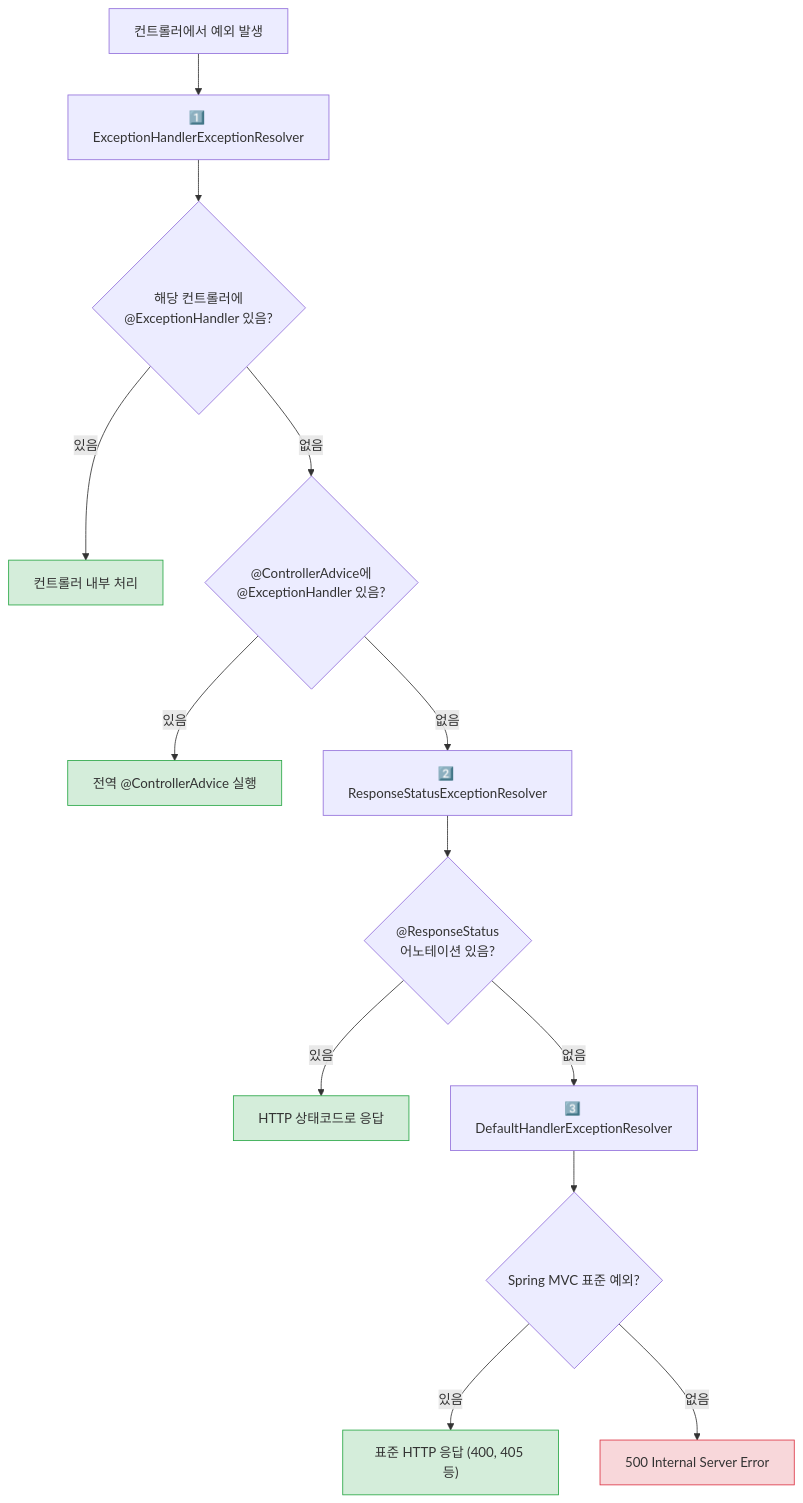
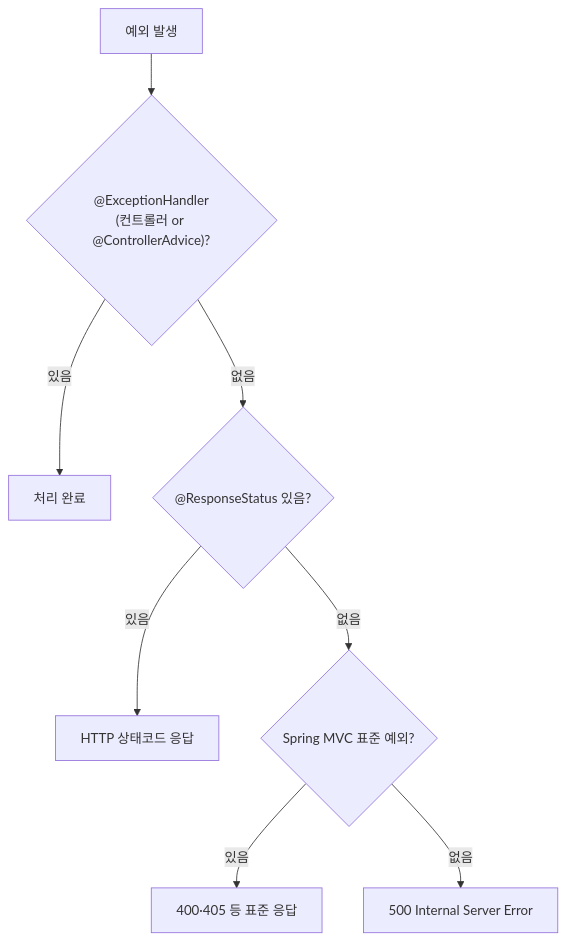
Before and after one commit to yjkim2015/yjkim2015.github.io: the eighth of 14 diagrams in _posts/spring/2026-05-02-spring-mvc-deep.md, drawn with Mermaid. The commit also changed other lines of this file and 215 other files, not shown here.

First line of the commit message:
신규 포스트 10개 추가 + Mermaid 전면 축소 + SystemDesign 시리즈 보강

````diff
--- a/_posts/spring/2026-05-02-spring-mvc-deep.md
+++ b/_posts/spring/2026-05-02-spring-mvc-deep.md
@@ -641,20 +560,10 @@
 ```mermaid
 flowchart TD
-    A["컨트롤러에서 예외 발생"] --> B["1️⃣ ExceptionHandlerExceptionResolver"]
-    B --> C{"해당 컨트롤러에\n@ExceptionHandler 있음?"}
-    C -->|"있음"| D["컨트롤러 내부 처리"]
-    C -->|"없음"| E{"@ControllerAdvice에\n@ExceptionHandler 있음?"}
-    E -->|"있음"| F["전역 @ControllerAdvice 실행"]
-    E -->|"없음"| G["2️⃣ ResponseStatusExceptionResolver"]
-    G --> H{"@ResponseStatus\n어노테이션 있음?"}
-    H -->|"있음"| I["HTTP 상태코드로 응답"]
-    H -->|"없음"| J["3️⃣ DefaultHandlerExceptionResolver"]
-    J --> K{"Spring MVC 표준 예외?"}
-    K -->|"있음"| L["표준 HTTP 응답 (400, 405 등)"]
-    K -->|"없음"| M["500 Internal Server Error"]
-
-    classDef ok fill:#d4edda,stroke:#28a745
-    classDef error fill:#f8d7da,stroke:#dc3545
-    class D,F,I,L ok
-    class M error
+    A["예외 발생"] --> B{"@ExceptionHandler\n(컨트롤러 or @ControllerAdvice)?"}
+    B -->|"있음"| C["처리 완료"]
+    B -->|"없음"| D{"@ResponseStatus 있음?"}
+    D -->|"있음"| E["HTTP 상태코드 응답"]
+    D -->|"없음"| F{"Spring MVC 표준 예외?"}
+    F -->|"있음"| G["400·405 등 표준 응답"]
+    F -->|"없음"| H["500 Internal Server Error"]
 ```
````
